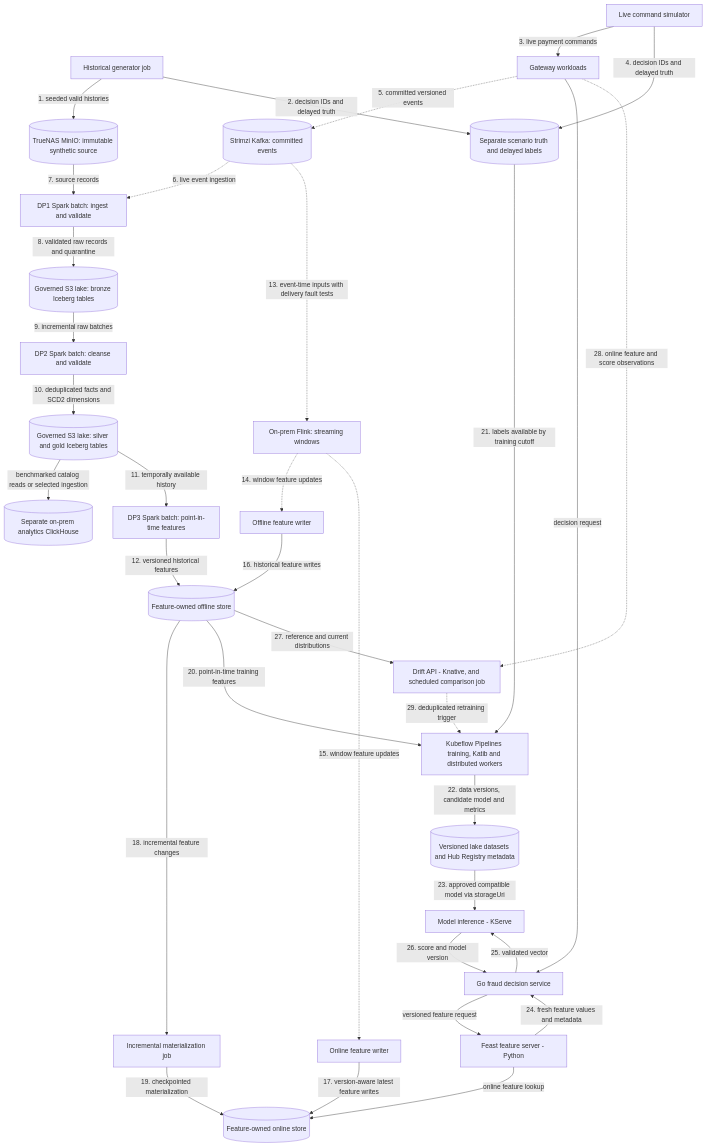
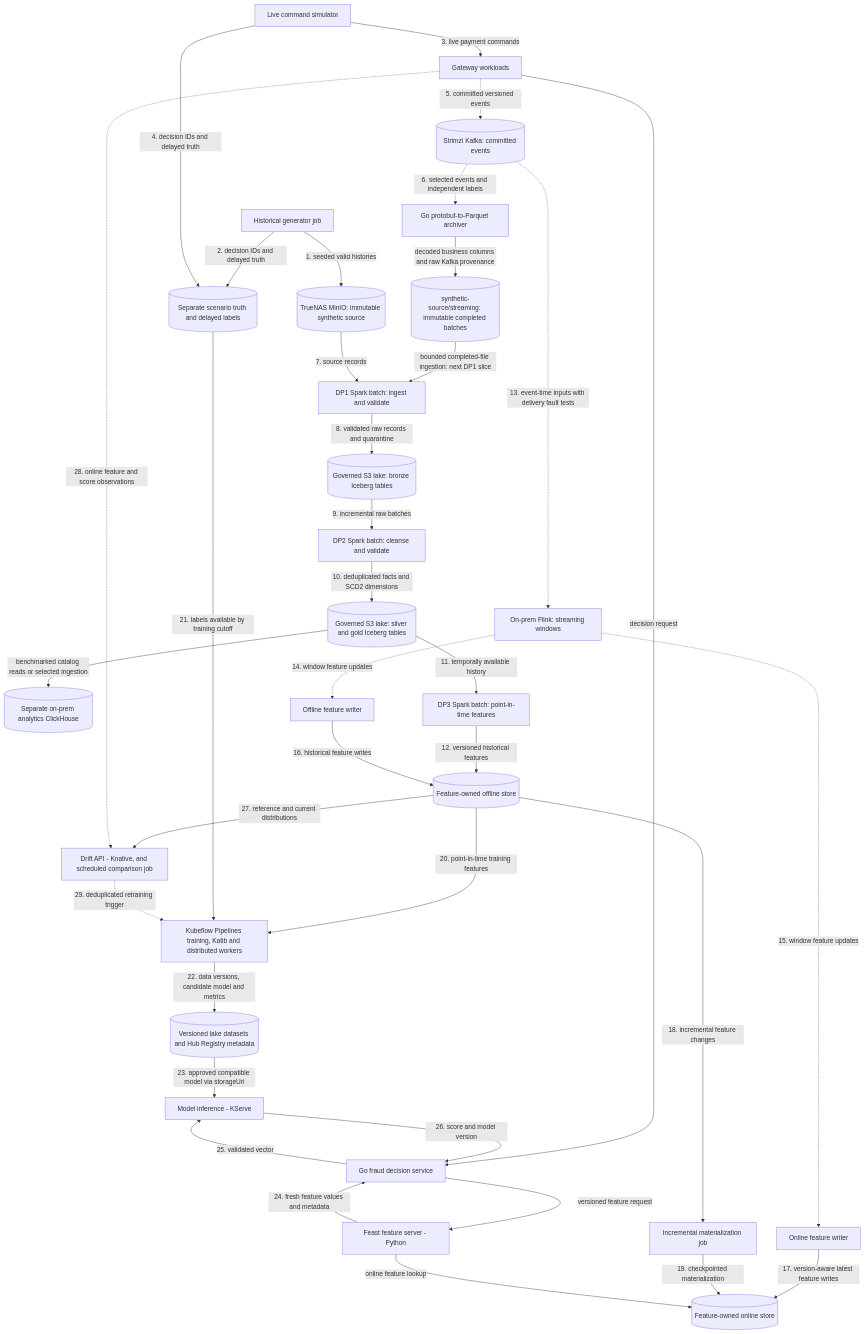
Before and after one commit to phuchoang2603/payment-gateway-fraud-detection: the diagram in docs/data-ml/data-pipeline.md, drawn with Mermaid. The commit also changed other lines of this file and 66 other files, not shown here.

Commit message:
feat(simulator): add live gateway traffic and immutable parquet landing

````diff
--- a/docs/data-ml/data-pipeline.md
+++ b/docs/data-ml/data-pipeline.md
@@ -9,60 +9,64 @@
 ```mermaid
 flowchart TB
     H["Historical generator job"]
     L["Live command simulator"]
     G["Gateway workloads"]
     T[("Separate scenario truth and delayed labels")]
     S[("TrueNAS MinIO: immutable synthetic source")]
     Q[("Strimzi Kafka: committed events")]
+    A["Go protobuf-to-Parquet archiver"]
+    LS[("synthetic-source/streaming: immutable completed batches")]
     D1["DP1 Spark batch: ingest and validate"]
     B[("Governed S3 lake: bronze Iceberg tables")]
     D2["DP2 Spark batch: cleanse and validate"]
     C[("Governed S3 lake: silver and gold Iceberg tables")]
     CH[("Separate on-prem analytics ClickHouse")]
     D3["DP3 Spark batch: point-in-time features"]
     O[("Feature-owned offline store")]
     W["On-prem Flink: streaming windows"]
     WO["Offline feature writer"]
     WN["Online feature writer"]
     N[("Feature-owned online store")]
     MT["Incremental materialization job"]
     TR["Kubeflow Pipelines training, Katib and distributed workers"]
     MR[("Versioned lake datasets and Hub Registry metadata")]
     F["Go fraud decision service"]
     FS["Feast feature server - Python"]
     I["Model inference - KServe"]
     D["Drift API - Knative, and scheduled comparison job"]
     H -->|"1. seeded valid histories"| S
     H -->|"2. decision IDs and delayed truth"| T
     L -->|"3. live payment commands"| G
     L -->|"4. decision IDs and delayed truth"| T
     G -.->|"5. committed versioned events"| Q
-    Q -.->|"6. live event ingestion"| D1
+    Q -.->|"6. selected events and independent labels"| A
+    A -->|"decoded business columns and raw Kafka provenance"| LS
+    LS -->|"bounded completed-file ingestion: next DP1 slice"| D1
     S -->|"7. source records"| D1
     D1 -->|"8. validated raw records and quarantine"| B
     B -->|"9. incremental raw batches"| D2
     D2 -->|"10. deduplicated facts and SCD2 dimensions"| C
     C -->|"benchmarked catalog reads or selected ingestion"| CH
     C -->|"11. temporally available history"| D3
     D3 -->|"12. versioned historical features"| O
     Q -.->|"13. event-time inputs with delivery fault tests"| W
     W -.->|"14. window feature updates"| WO
     W -.->|"15. window feature updates"| WN
     WO -->|"16. historical feature writes"| O
     WN -->|"17. version-aware latest feature writes"| N
     O -->|"18. incremental feature changes"| MT
     MT -->|"19. checkpointed materialization"| N
     O -->|"20. point-in-time training features"| TR
     T -->|"21. labels available by training cutoff"| TR
     TR -->|"22. data versions, candidate model and metrics"| MR
     MR -->|"23. approved compatible model via storageUri"| I
     G -->|"decision request"| F
     F -->|"versioned feature request"| FS
     FS -->|"online feature lookup"| N
     FS -->|"24. fresh feature values and metadata"| F
     F -->|"25. validated vector"| I
     I -->|"26. score and model version"| F
     O -->|"27. reference and current distributions"| D
     G -.->|"28. online feature and score observations"| D
     D -.->|"29. deduplicated retraining trigger"| TR
 ```
````
